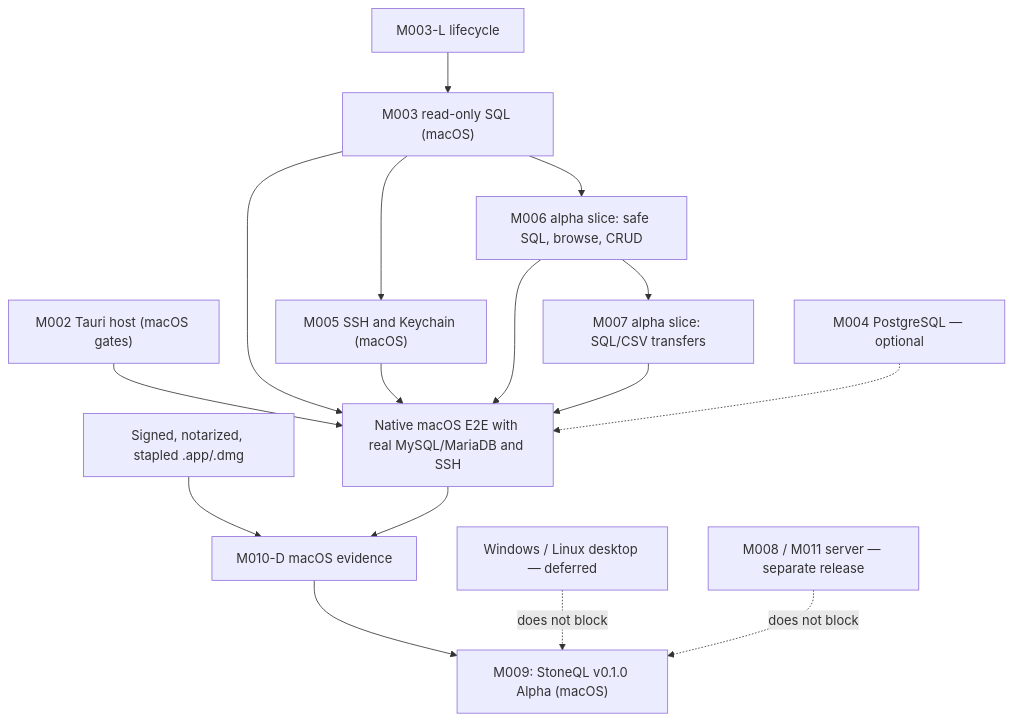
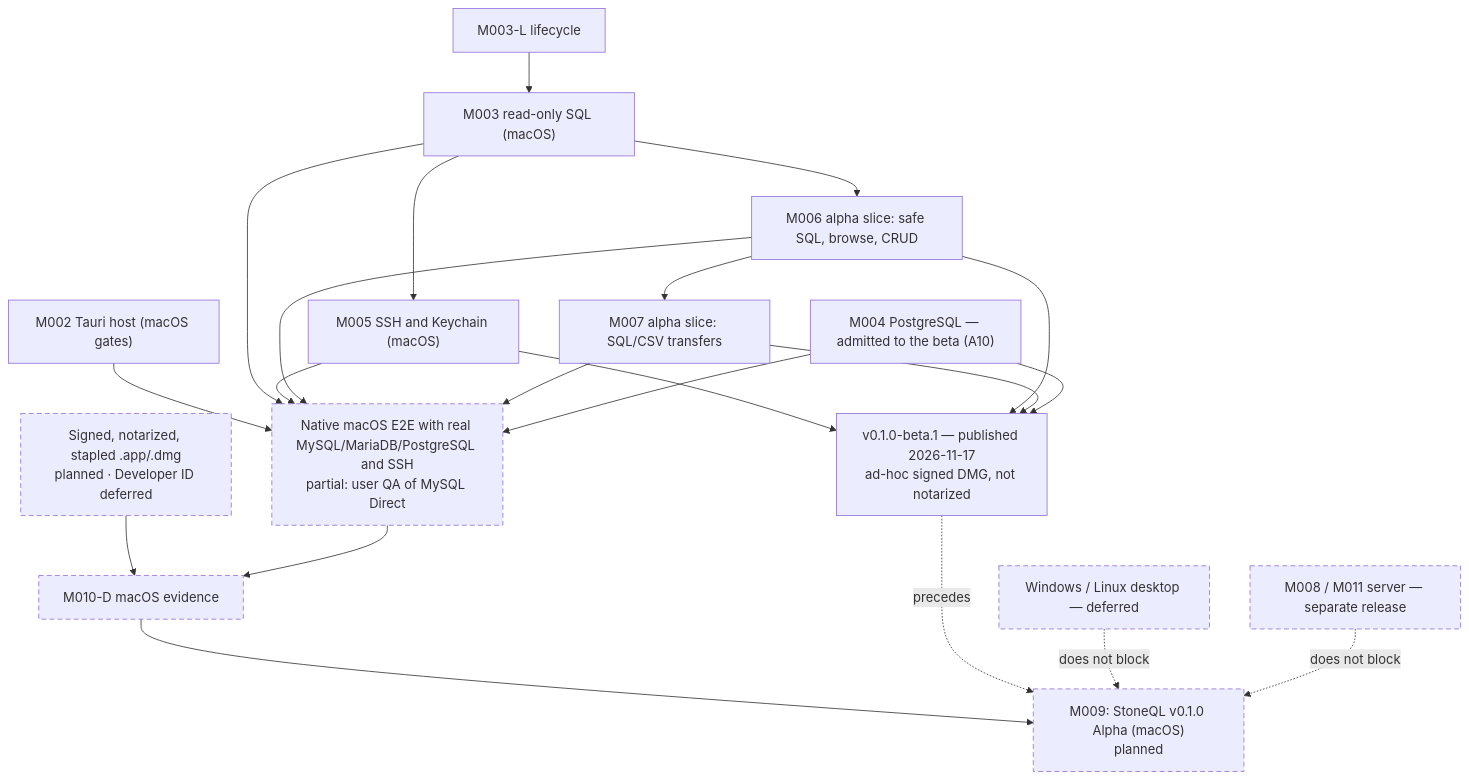
One commit to laranex/stoneql changed the second of 2 diagrams in docs/architecture/roadmap.md. Above: the diagram before and after it, drawn with Mermaid. The commit also changed other lines of this file and 23 other files, not shown here.

First line of the commit message:
docs: align README and docs with the published v0.1.0-beta.1

````diff
--- a/docs/architecture/roadmap.md
+++ b/docs/architecture/roadmap.md
@@ -102,18 +106,25 @@
 ```mermaid
 flowchart TD
-  M002["M002 Tauri host (macOS gates)"] --> E2E["Native macOS E2E with real MySQL/MariaDB and SSH"]
+  M002["M002 Tauri host (macOS gates)"] --> E2E["Native macOS E2E with real MySQL/MariaDB/PostgreSQL and SSH<br/>partial: user QA of MySQL Direct"]
   L["M003-L lifecycle"] --> M003["M003 read-only SQL (macOS)"]
   M003 --> M005["M005 SSH and Keychain (macOS)"]
   M003 --> E2E
   M005 --> E2E
   M006A["M006 alpha slice: safe SQL, browse, CRUD"] --> E2E
   M007A["M007 alpha slice: SQL/CSV transfers"] --> E2E
   M006A --> M007A
   M003 --> M006A
-  PG["M004 PostgreSQL — optional"] -.-> E2E
-  PKG["Signed, notarized, stapled .app/.dmg"] --> D["M010-D macOS evidence"]
+  PG["M004 PostgreSQL — admitted to the beta (A10)"] --> E2E
+  M005 --> BETA["v0.1.0-beta.1 — published 2026-11-17<br/>ad-hoc signed DMG, not notarized"]
+  M006A --> BETA
+  M007A --> BETA
+  PG --> BETA
+  PKG["Signed, notarized, stapled .app/.dmg<br/>planned · Developer ID deferred"] --> D["M010-D macOS evidence"]
   E2E --> D
-  D --> A["M009: StoneQL v0.1.0 Alpha (macOS)"]
+  D --> A["M009: StoneQL v0.1.0 Alpha (macOS)<br/>planned"]
+  BETA -.->|precedes| A
   WL["Windows / Linux desktop — deferred"] -.->|does not block| A
   SRV["M008 / M011 server — separate release"] -.->|does not block| A
+  classDef planned stroke-dasharray: 6 4
+  class E2E,PKG,D,A,WL,SRV planned
 ```
````
